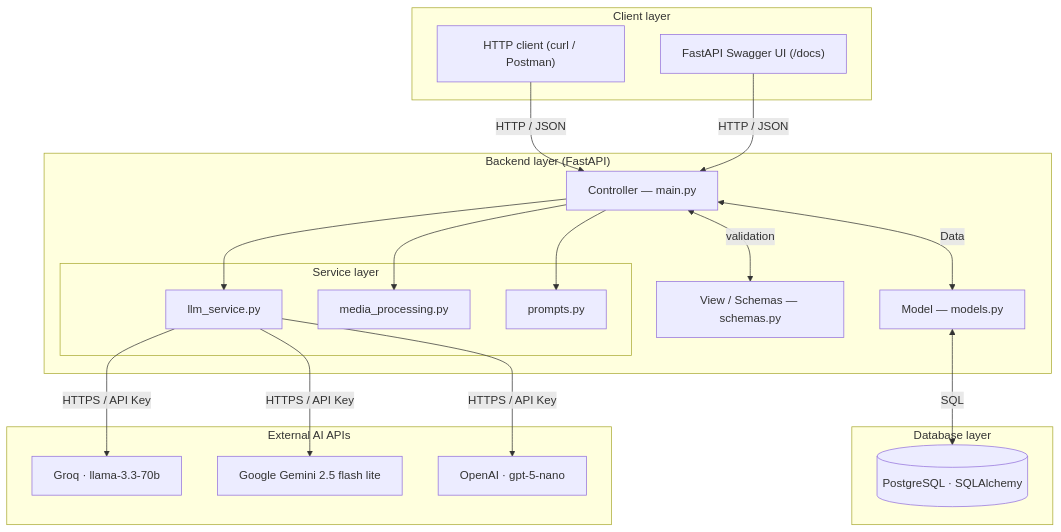
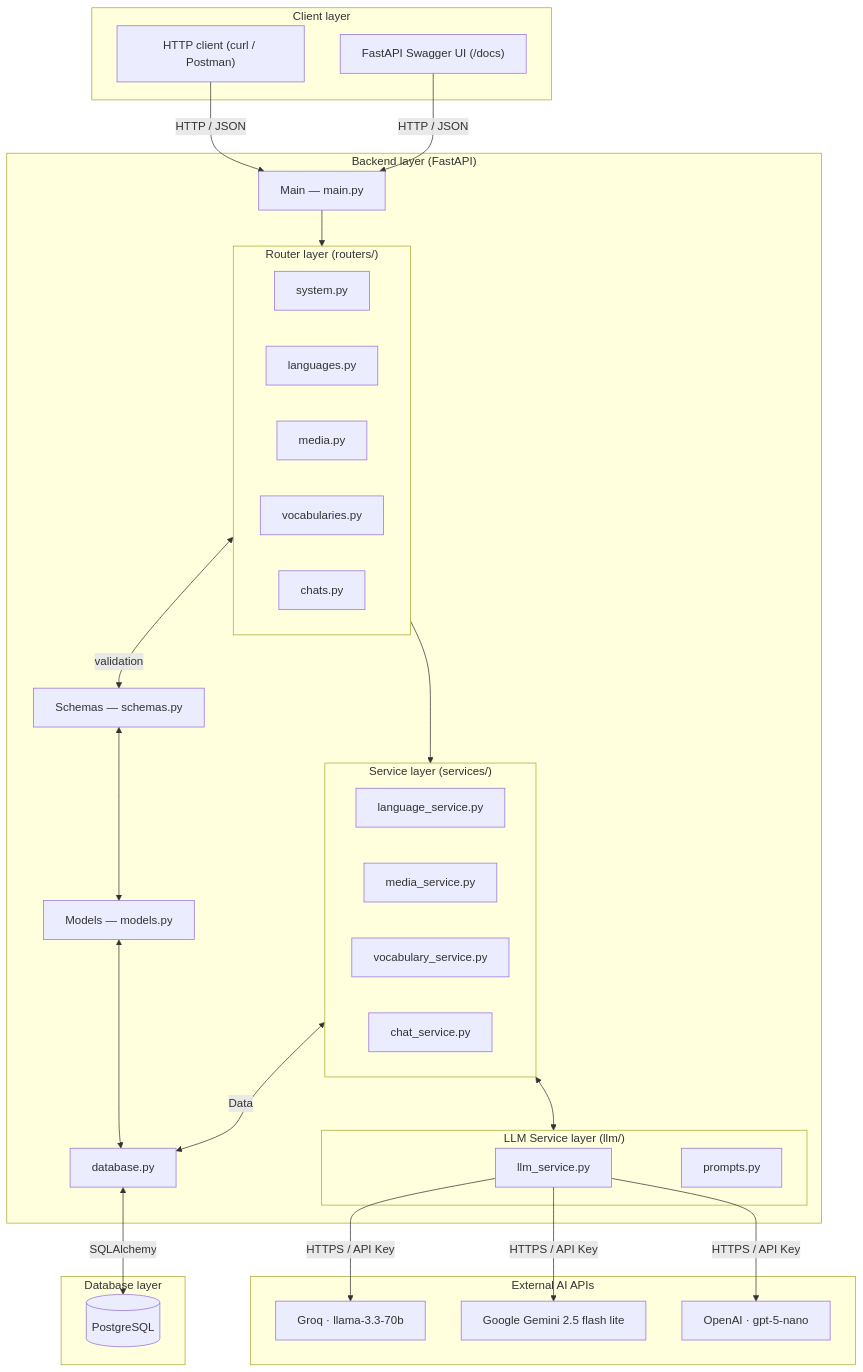
One commit to BurkhardtJan/Dengwa-AI changed the first of 2 diagrams in README.md. Above: the diagram before and after it, drawn with Mermaid. The commit also changed 7 other files, not shown here.

Commit message:
Architecture, refactored Code

````diff
--- a/README.md
+++ b/README.md
@@ -130,43 +130,61 @@
 ```mermaid
 graph TB
     subgraph Client["Client layer"]
         HTTP["HTTP client (curl / Postman)"]
         Swagger["FastAPI Swagger UI (/docs)"]
     end
 
     subgraph Backend["Backend layer (FastAPI)"]
-        Controller["Controller — main.py"]
-        Schemas["View / Schemas — schemas.py"]
-        Models["Model — models.py"]
+        Controller["Main — main.py"]
+        Schemas["Schemas — schemas.py"]
+        Models["Models — models.py"]
+        Database["database.py"]
 
-        subgraph Services["Service layer"]
+        subgraph Routers["Router layer (routers/)"]
+            direction LR
+            SystemRouter["system.py"]
+            LanguageRouter["languages.py"]
+            MediaRouter["media.py"]
+            VocabRouter["vocabularies.py"]
+            ChatRouter["chats.py"]
+        end
+
+        subgraph Services["Service layer (services/)"]
+            Language["language_service.py"]
+            Media["media_service.py"]
+            Vocab["vocabulary_service.py"]
+            Chat["chat_service.py"]
+        end
+        subgraph LLMServices["LLM Service layer (llm/)"]
             LLM["llm_service.py"]
-            Media["media_processing.py"]
             Prompts["prompts.py"]
         end
 
-        Controller <-->|validation| Schemas
-        Controller <-->|Data| Models
-        Controller --> LLM
-        Controller --> Media
-        Controller --> Prompts
+        Controller --> Routers
+        Routers <-->|validation| Schemas
+        Services <-->|Data| Database
+        Routers --> Services
+        Services <--> LLMServices
     end
 
     subgraph DB["Database layer"]
-        Postgres[("PostgreSQL · SQLAlchemy")]
+        Postgres[("PostgreSQL")]
     end
 
     subgraph AI["External AI APIs"]
         Groq["Groq · llama-3.3-70b"]
         Gemini["Google Gemini 2.5 flash lite"]
         OpenAI["OpenAI · gpt-5-nano"]
     end
 
     HTTP -->|HTTP / JSON| Controller
     Swagger -->|HTTP / JSON| Controller
-    Models <-->|SQL| Postgres
     LLM -->|HTTPS / API Key| Groq
     LLM -->|HTTPS / API Key| Gemini
     LLM -->|HTTPS / API Key| OpenAI
+    Schemas <--> Models
+    Models <--> Database
+    Database <-->|SQLAlchemy| Postgres
+
 
 ```
````
